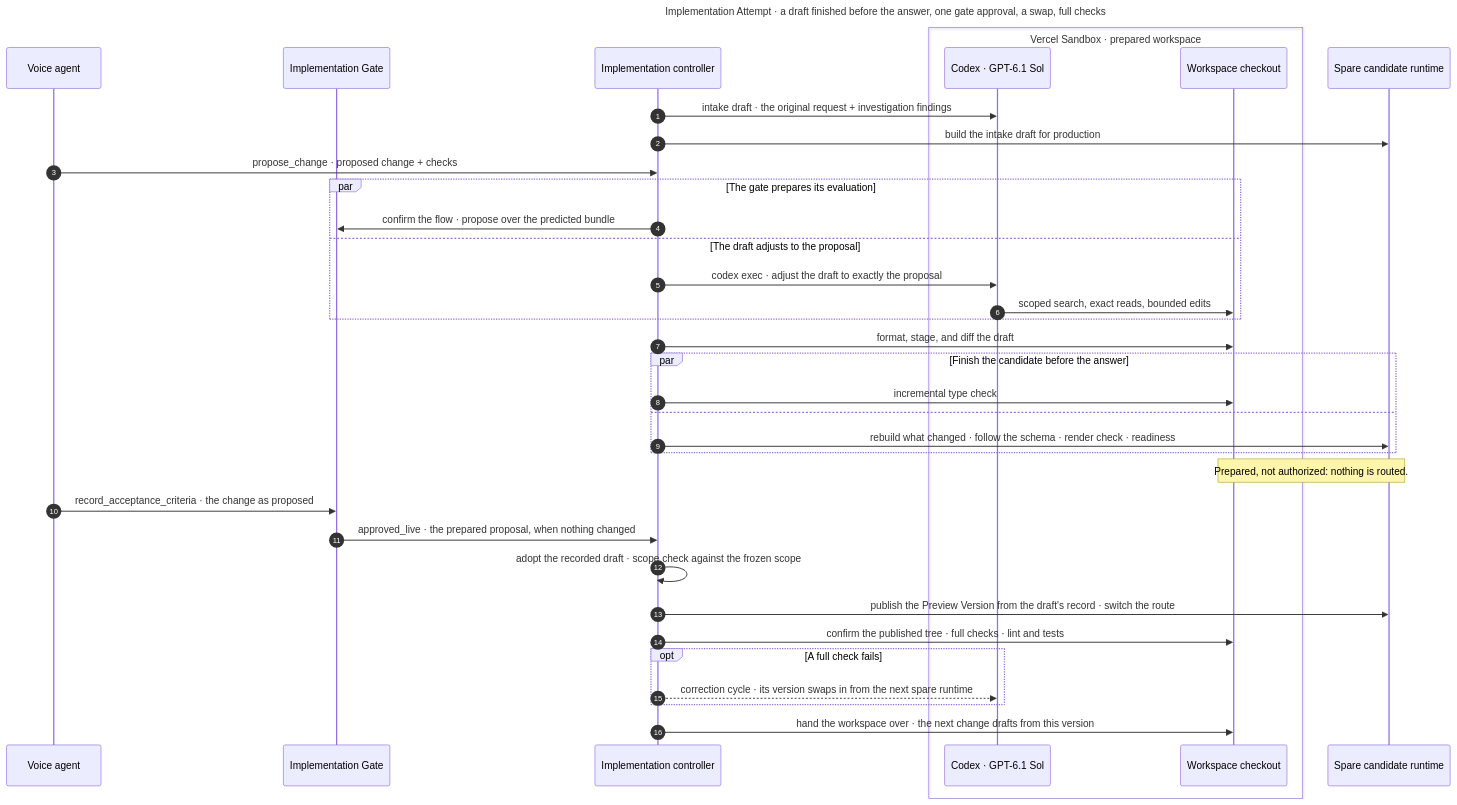
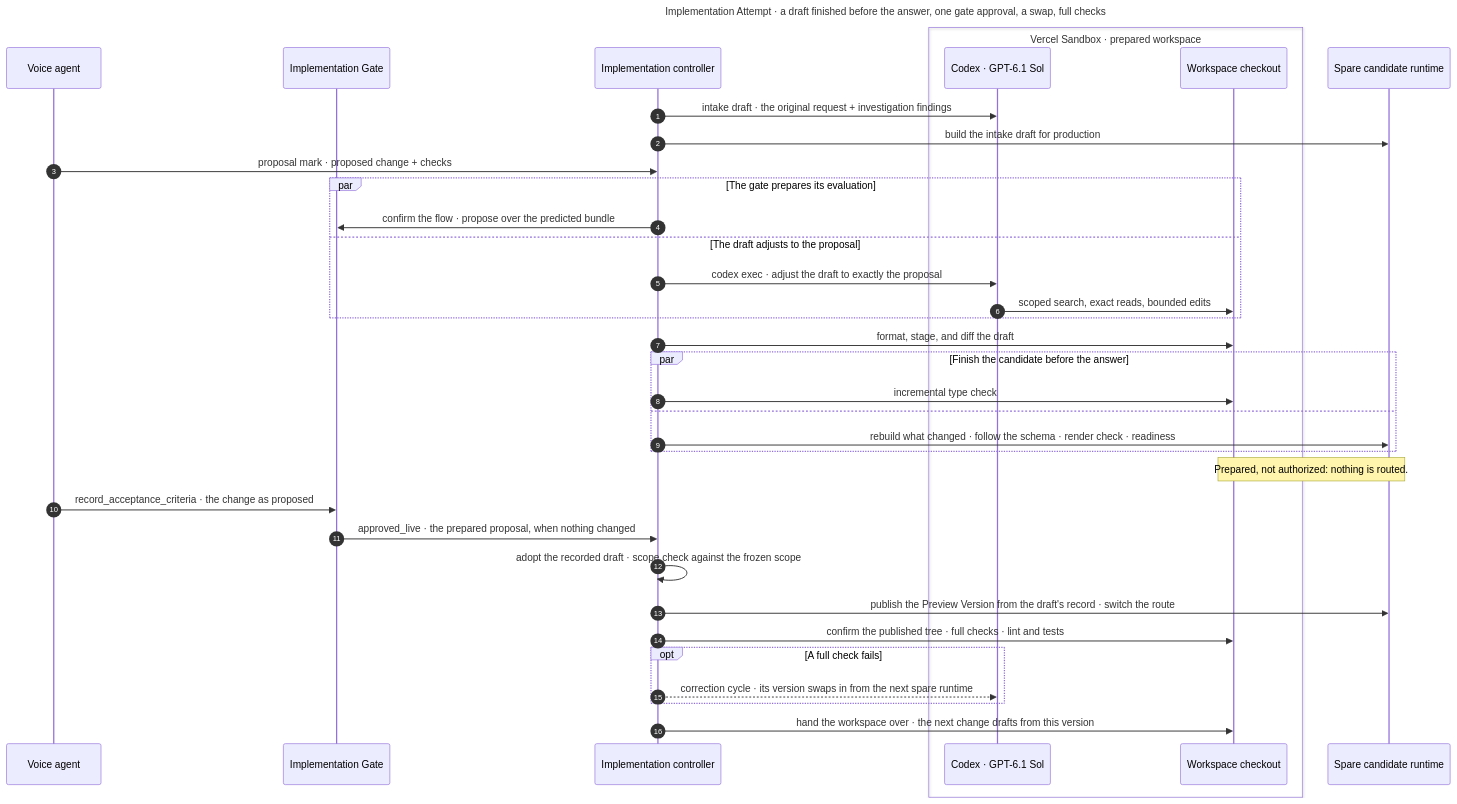
The diagram in docs/diagrams/pele/implementation.mmd (rithm84/userTrace), drawn with Mermaid before and after one commit. The commit also changed 12 other files, not shown here.

```diff
--- a/docs/diagrams/pele/implementation.mmd
+++ b/docs/diagrams/pele/implementation.mmd
@@ -1,39 +1,39 @@
 ---
 title: Implementation Attempt · a draft finished before the answer, one gate approval, a swap, full checks
 ---
 sequenceDiagram
   autonumber
   participant voice as Voice agent
   participant gate as Implementation Gate
   participant cp as Implementation controller
   box Vercel Sandbox · prepared workspace
     participant codex as Codex · GPT-6.1 Sol
     participant ws as Workspace checkout
   end
   participant spare as Spare candidate runtime
 
   cp->>codex: intake draft · the original request + investigation findings
   cp->>spare: build the intake draft for production
-  voice->>cp: propose_change · proposed change + checks
+  voice->>cp: proposal mark · proposed change + checks
   par The gate prepares its evaluation
     cp->>gate: confirm the flow · propose over the predicted bundle
   and The draft adjusts to the proposal
     cp->>codex: codex exec · adjust the draft to exactly the proposal
     codex->>ws: scoped search, exact reads, bounded edits
   end
   cp->>ws: format, stage, and diff the draft
   par Finish the candidate before the answer
     cp->>ws: incremental type check
   and
     cp->>spare: rebuild what changed · follow the schema · render check · readiness
   end
   Note over ws,spare: Prepared, not authorized: nothing is routed.
   voice->>gate: record_acceptance_criteria · the change as proposed
   gate->>cp: approved_live · the prepared proposal, when nothing changed
   cp->>cp: adopt the recorded draft · scope check against the frozen scope
   cp->>spare: publish the Preview Version from the draft's record · switch the route
   cp->>ws: confirm the published tree · full checks · lint and tests
   opt A full check fails
     cp-->>codex: correction cycle · its version swaps in from the next spare runtime
   end
   cp->>ws: hand the workspace over · the next change drafts from this version
```
